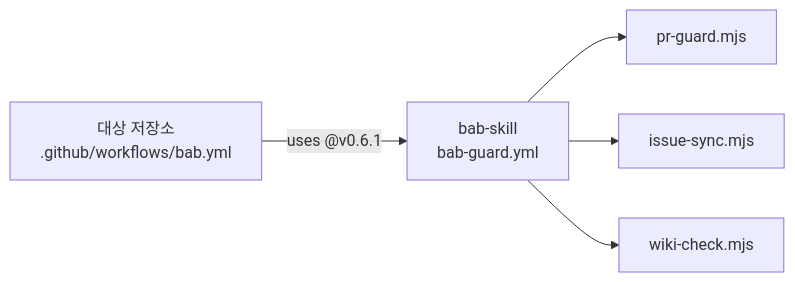
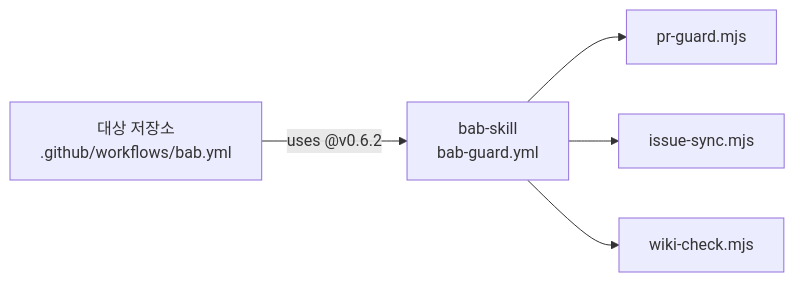
One commit to freevue/bab-skill changed the second of 4 diagrams in README.md. Above: the diagram before and after it, drawn with Mermaid. The commit also changed other lines of this file and 10 other files, not shown here.

````diff
--- a/README.md
+++ b/README.md
@@ -497,7 +497,7 @@
 ```mermaid
 flowchart LR
-  A[대상 저장소<br/>.github/workflows/bab.yml] -->|uses @v0.6.1| B[bab-skill<br/>bab-guard.yml]
+  A[대상 저장소<br/>.github/workflows/bab.yml] -->|uses @v0.6.2| B[bab-skill<br/>bab-guard.yml]
   B --> C[pr-guard.mjs]
   B --> D[issue-sync.mjs]
   B --> E[wiki-check.mjs]
 ```
````
